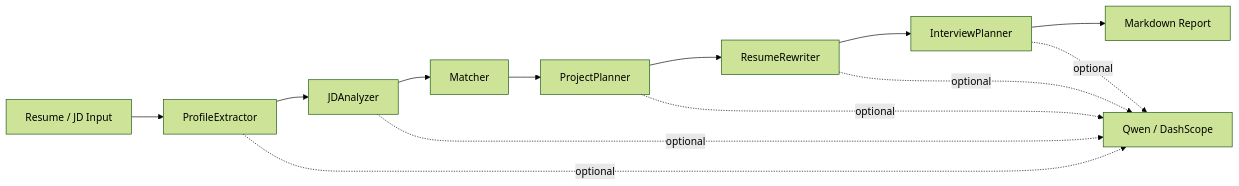
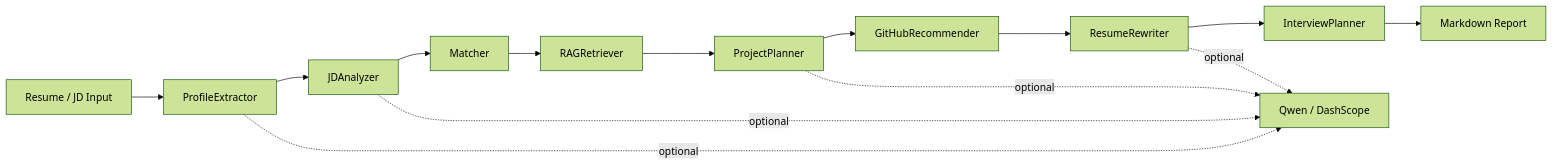
Before and after one commit to veipross/CareerPilot-LangGraph: the diagram in README.md, drawn with Mermaid (forest theme). The commit also changed other lines of this file, not shown here.

Commit message:
docs: align readme node table with workflow

````diff
--- a/README.md
+++ b/README.md
@@ -17,16 +17,17 @@
 ```mermaid
 flowchart LR
     A[Resume / JD Input] --> B[ProfileExtractor]
     B --> C[JDAnalyzer]
     C --> D[Matcher]
-    D --> E[ProjectPlanner]
-    E --> F[ResumeRewriter]
-    F --> G[InterviewPlanner]
-    G --> H[Markdown Report]
+    D --> E[RAGRetriever]
+    E --> F[ProjectPlanner]
+    F --> G[GitHubRecommender]
+    G --> H[ResumeRewriter]
+    H --> I[InterviewPlanner]
+    I --> J[Markdown Report]
 
     B -. optional .-> Q[Qwen / DashScope]
     C -. optional .-> Q
-    E -. optional .-> Q
     F -. optional .-> Q
-    G -. optional .-> Q
+    H -. optional .-> Q
 ```
````
